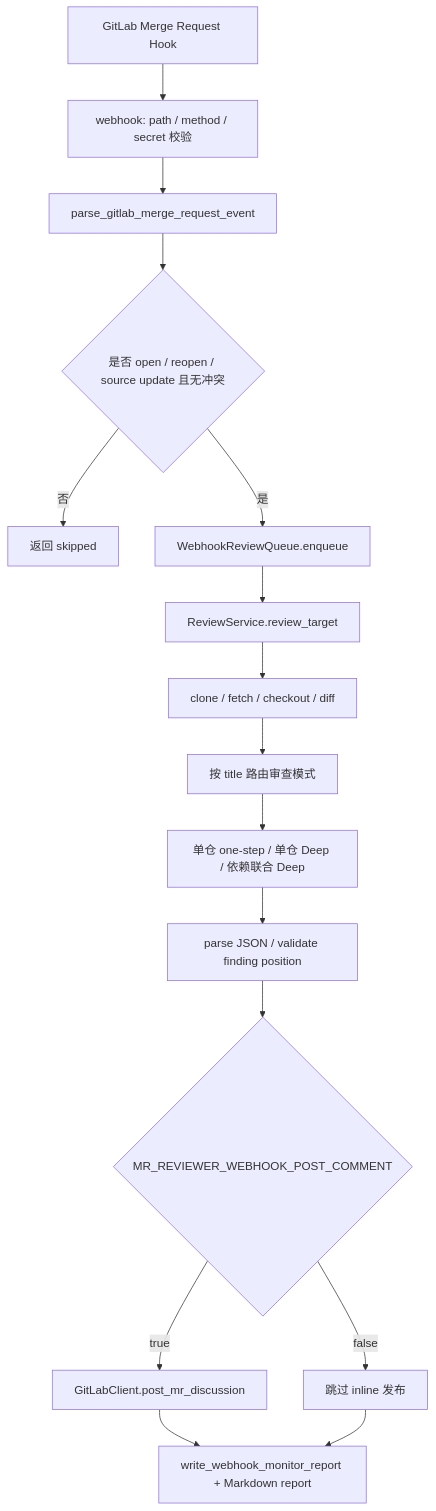
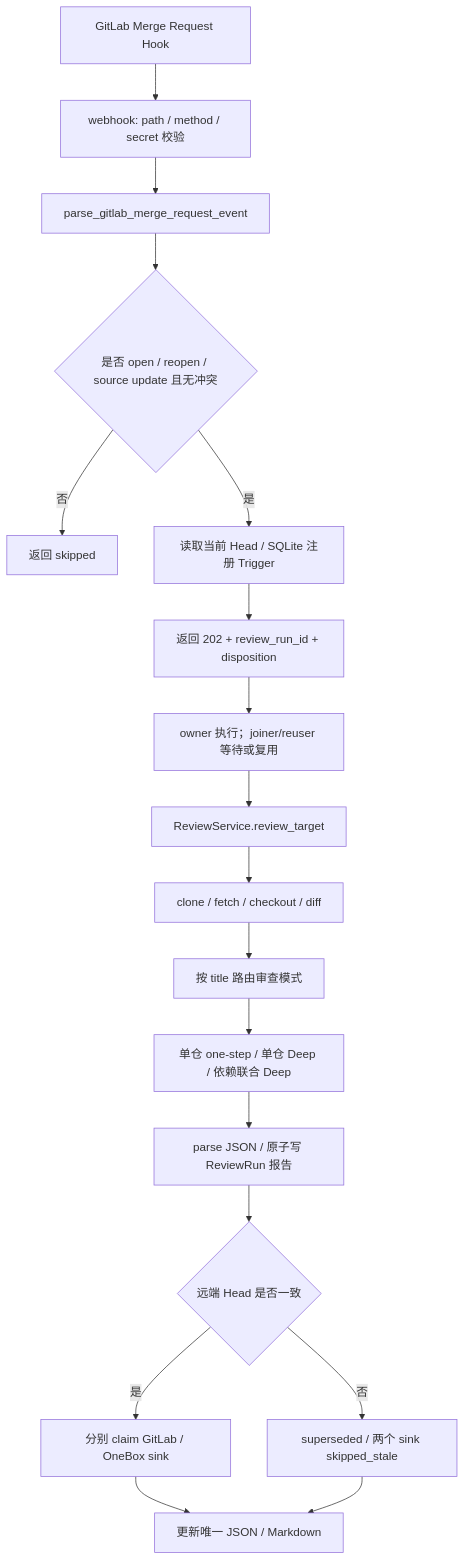
Before and after one commit to Faye-663/code-mr-reviewer: the third of 3 diagrams in docs/DESIGN.md, drawn with Mermaid. The commit also changed other lines of this file and 20 other files, not shown here.

````diff
--- a/docs/DESIGN.md
+++ b/docs/DESIGN.md
@@ -97,18 +102,20 @@
 ```mermaid
 flowchart TD
     A["GitLab Merge Request Hook"] --> B["webhook: path / method / secret 校验"]
     B --> C["parse_gitlab_merge_request_event"]
     C --> D{"是否 open / reopen / source update 且无冲突"}
     D -- "否" --> E["返回 skipped"]
-    D -- "是" --> F["WebhookReviewQueue.enqueue"]
-    F --> G["ReviewService.review_target"]
-    G --> H["clone / fetch / checkout / diff"]
+    D -- "是" --> F["读取当前 Head / SQLite 注册 Trigger"]
+    F --> F2["返回 202 + review_run_id + disposition"]
+    F2 --> G["owner 执行；joiner/reuser 等待或复用"]
+    G --> G2["ReviewService.review_target"]
+    G2 --> H["clone / fetch / checkout / diff"]
     H --> I["按 title 路由审查模式"]
     I --> I2["单仓 one-step / 单仓 Deep / 依赖联合 Deep"]
-    I2 --> J["parse JSON / validate finding position"]
-    J --> K{"MR_REVIEWER_WEBHOOK_POST_COMMENT"}
-    K -- "true" --> L["GitLabClient.post_mr_discussion"]
-    K -- "false" --> M["跳过 inline 发布"]
-    L --> N["write_webhook_monitor_report + Markdown report"]
+    I2 --> J["parse JSON / 原子写 ReviewRun 报告"]
+    J --> K{"远端 Head 是否一致"}
+    K -- "否" --> M["superseded / 两个 sink skipped_stale"]
+    K -- "是" --> L["分别 claim GitLab / OneBox sink"]
+    L --> N["更新唯一 JSON / Markdown"]
     M --> N
 ```
````
